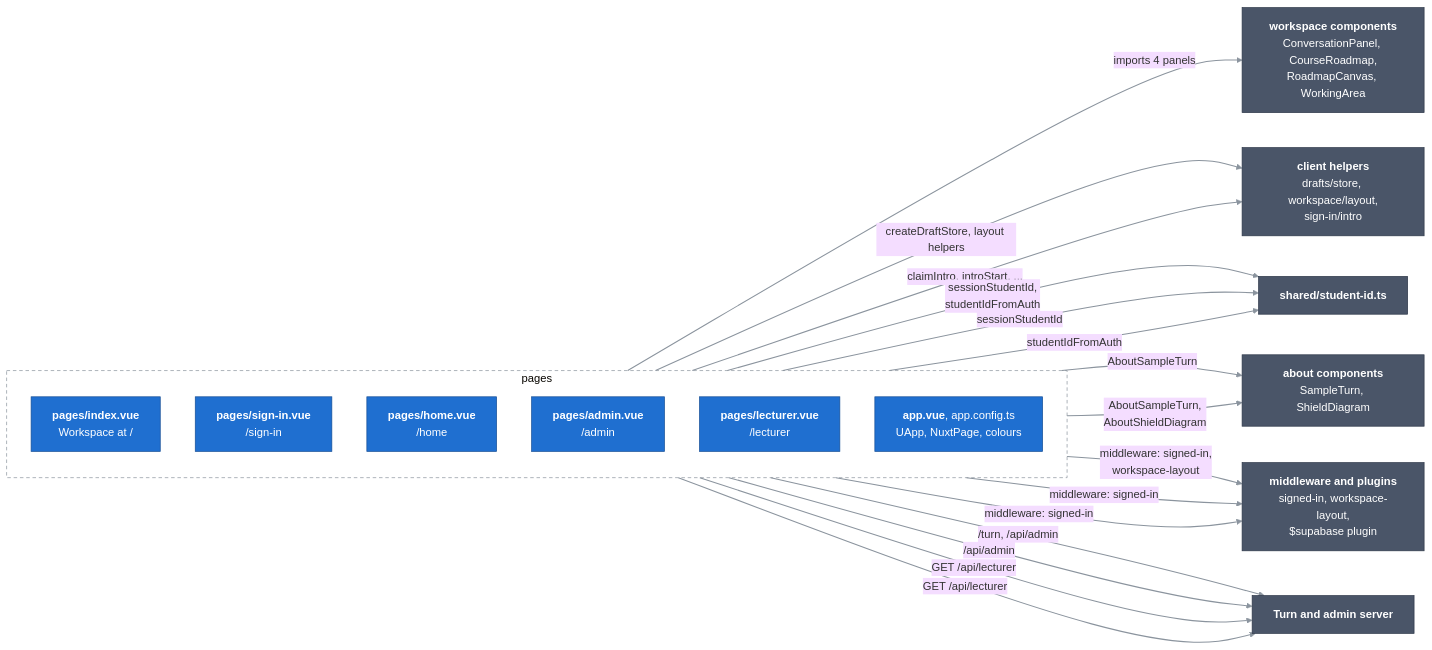
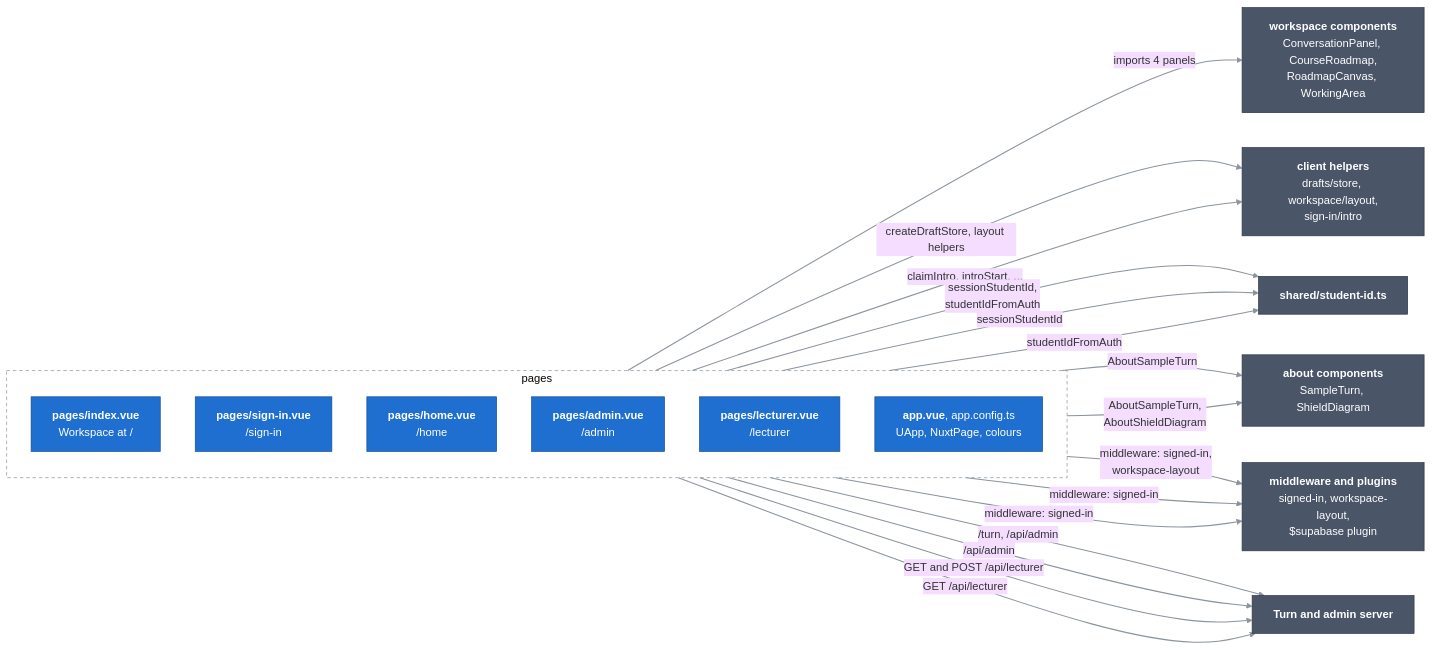
The diagram in docs/c4/03-components/web-app/01-pages.md (Bill2926/COS40005_HN9_Verifiable_Co-Learner_Agent), drawn with Mermaid (base theme) before and after one commit. The commit also changed other lines of this file and 27 other files, not shown here.

````diff
--- a/docs/c4/03-components/web-app/01-pages.md
+++ b/docs/c4/03-components/web-app/01-pages.md
@@ -10,41 +10,41 @@
 ```mermaid
 flowchart LR
   classDef comp fill:#1f6fd0,stroke:#164f96,color:#ffffff
   classDef near fill:#4a5568,stroke:#2d3748,color:#ffffff
   linkStyle default stroke:#8b949e,stroke-width:1.5px
 
   subgraph pages["pages"]
     direction TB
     index["<b>pages/index.vue</b><br/>Workspace at /"]:::comp
     signin["<b>pages/sign-in.vue</b><br/>/sign-in"]:::comp
     home["<b>pages/home.vue</b><br/>/home"]:::comp
     admin["<b>pages/admin.vue</b><br/>/admin"]:::comp
     lecturer["<b>pages/lecturer.vue</b><br/>/lecturer"]:::comp
     shell["<b>app.vue</b>, app.config.ts<br/>UApp, NuxtPage, colours"]:::comp
   end
 
   panels["<b>workspace components</b><br/>ConversationPanel, CourseRoadmap,<br/>RoadmapCanvas, WorkingArea"]:::near
   helpers["<b>client helpers</b><br/>drafts/store, workspace/layout,<br/>sign-in/intro"]:::near
   studentId["<b>shared/student-id.ts</b>"]:::near
   aboutParts["<b>about components</b><br/>SampleTurn, ShieldDiagram"]:::near
   mw["<b>middleware and plugins</b><br/>signed-in, workspace-layout,<br/>$supabase plugin"]:::near
   server["<b>Turn and admin server</b>"]:::near
 
   index -->|"imports 4 panels"| panels
   index -->|"createDraftStore, layout helpers"| helpers
   signin -->|"claimIntro, introStart, ..."| helpers
   index -->|"sessionStudentId,<br/>studentIdFromAuth"| studentId
   signin -->|"sessionStudentId"| studentId
   home -->|"studentIdFromAuth"| studentId
   signin ==>|"AboutSampleTurn"| aboutParts
   home ==>|"AboutSampleTurn,<br/>AboutShieldDiagram"| aboutParts
   index ==>|"middleware: signed-in,<br/>workspace-layout"| mw
   admin ==>|"middleware: signed-in"| mw
   index ==>|"/turn, /api/admin"| server
   admin ==>|"/api/admin"| server
   lecturer ==>|"middleware: signed-in"| mw
-  lecturer ==>|"GET /api/lecturer"| server
+  lecturer ==>|"GET and POST /api/lecturer"| server
   signin ==>|"GET /api/lecturer"| server
 
   style pages fill:none,stroke:#8b949e,stroke-dasharray:5 4
 ```
````
